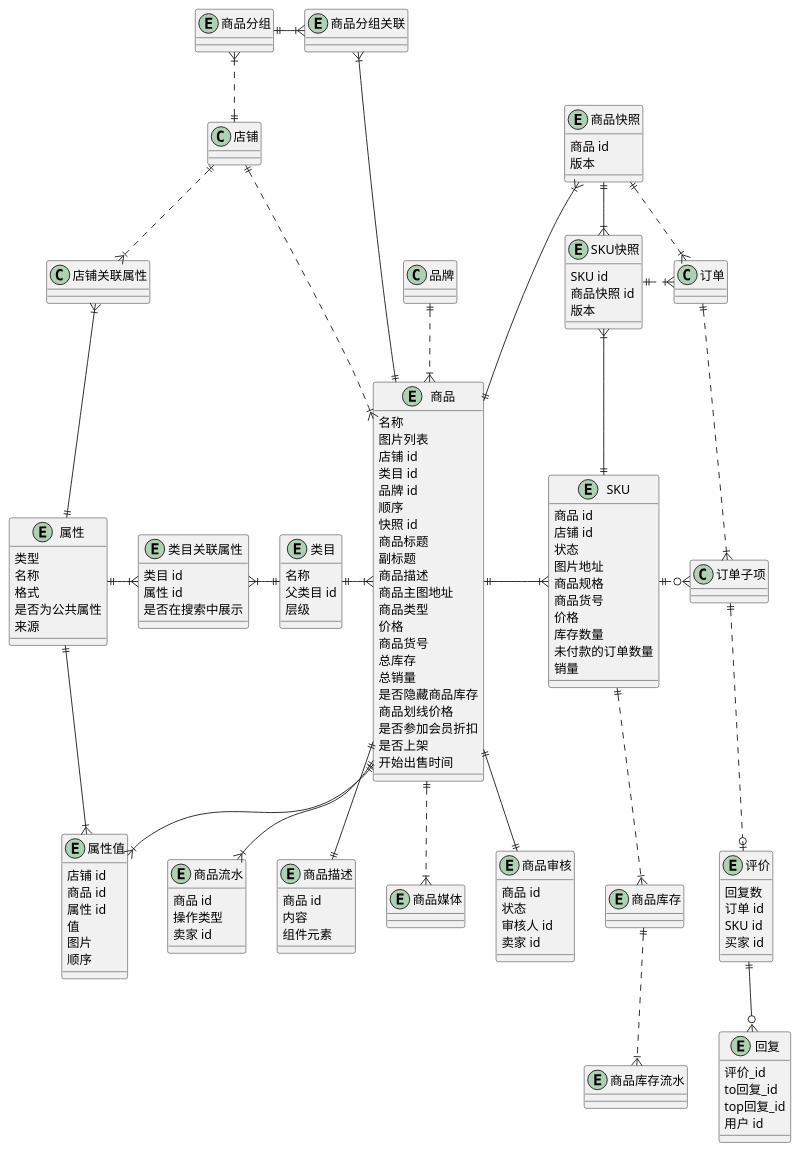
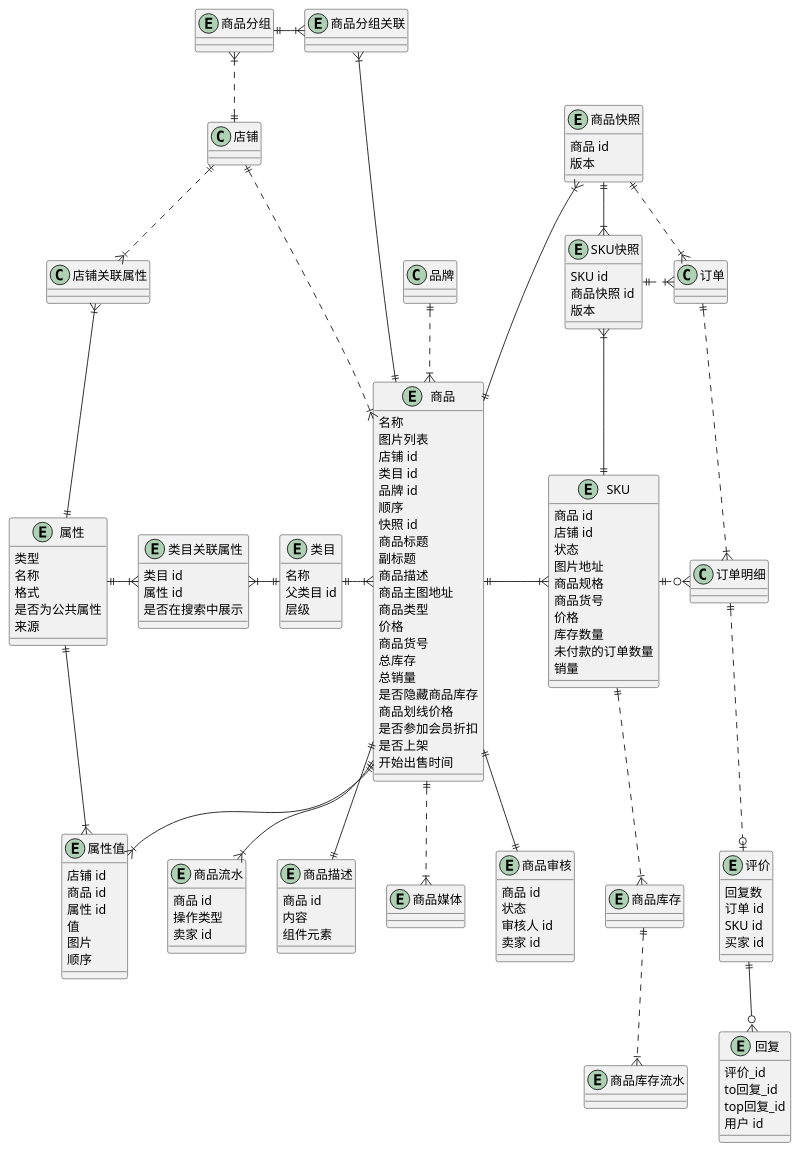
The diagram in 商品.wsd (awesomecat2020/mock-mall), drawn with PlantUML before and after one commit. The commit also changed 2 other files, not shown here.

```diff
--- a/商品.wsd
+++ b/商品.wsd
@@ -1,195 +1,195 @@
 @startuml 商品UML
 
 ' ==================== 商品 ====================
 entity 商品 {
     名称
     图片列表
     店铺 id
     类目 id
     品牌 id
     顺序
     快照 id
     商品标题
     ' 分享链接时显示
     副标题
     商品描述
     商品主图地址
 '   0：普通商品（物流发货）
 '   3：UMP降价拍
 '   5：外卖商品
 '   10：分销商品
 '   20：会员卡商品
 '   21：礼品卡商品
 '   22：团购券
 '   25：批发商品
 '   30：收银台商品
 '   31：知识付费商品
 '   35：酒店商品（无需物流）
 '   40：美业商品
 '   60：虚拟商品（无需物流）
 '   61：电子卡券（无需物流）
     商品类型
     价格
     ' 商家为商品设置的外部编号
     商品货号
     ' 基于 sku 的库存数量累加
     总库存
     总销量
     ' 0 - 显示库存（默认）
     ' 1 - 不显示库存
     是否隐藏商品库存
     ' 可以自定义。例如 促销价：888
     ' 商品没有优惠的情况下，划线价在商品详情会以划线形式显示。
     商品划线价格
     ' 0 - 不参加会员折扣
     ' 1 - 参加会员折扣（默认）
     是否参加会员折扣
     是否上架
     开始出售时间
 }
 entity 类目 {
     名称
     父类目 id
     层级
 }
 entity 商品审核 {
     商品 id
     状态
     审核人 id
     卖家 id
 }
 entity 商品流水 {
     商品 id
     操作类型
     卖家 id
 }
 entity 商品描述 {
     商品 id
     ' 富文本，字数要大于5个字符，小于25000个字符 ，受违禁词控制
     内容
     组件元素
 }
 entity 商品媒体 {
     ' 暂不做
 }
 entity 商品分组 {
 
 }
 entity 商品分组关联 {
 
 }
 ' entity 后台类目 {
 ' 
 ' }
 
 店铺 ||..|{ 商品
 商品 }|.u.|| 品牌
 类目 ||-|{ 商品
 商品 ||--|| 商品审核
 商品 ||--|{ 商品流水
 商品 ||--|| 商品描述
 商品 ||..|{ 商品媒体
 ' 分组
 店铺 ||.u.|{ 商品分组
 商品分组关联 }|-l-|| 商品分组
 商品 ||-u-|{ 商品分组关联
 
 
 ' ==================== 订单 ====================
 entity SKU {
     商品 id
     店铺 id
     状态
     图片地址
     商品规格
     ' 商家为商品设置的外部编号
     商品货号
     价格
     库存数量
     ' 商品在付款减库存的状态下，该 SKU 上未付款的订单数量
     未付款的订单数量
     销量
     ' 是否锁定
 }
 entity 商品库存 {
     ' 暂不做
 }
 entity 商品库存流水 {
     ' 暂不做
 }
 entity 商品快照 {
     商品 id
     版本
 }
 entity SKU快照 {
     SKU id
     商品快照 id
     版本
 }
 
 商品 ||-|{ SKU
 SKU ||..|{ 商品库存
 商品库存 ||..|{ 商品库存流水
-SKU ||.o{ 订单子项
+SKU ||.o{ 订单明细
 ' 快照
 SKU ||-u-|{ SKU快照
 SKU快照 ||.|{ 订单
 商品快照 ||--|{ SKU快照
 商品 ||-u-|{ 商品快照
 商品快照 ||.|{ 订单
 
 ' ==================== 属性 ====================
 entity 属性 {
     ' 类目不同，属性不同
     ' 销售属性/关键属性/非关键属性
     类型
     名称
     ' 选项、文本、数值、百分比
     格式
     ' 添加商品时一定会展示
     是否为公共属性
     ' 系统生成/商家自定义
     来源
 }
 entity 类目关联属性 {
     类目 id
     属性 id
     是否在搜索中展示
 }
 entity 属性值 {
     店铺 id
     商品 id
     属性 id
     值
     图片
     顺序
 }
 
 属性 ||-|{ 类目关联属性
 类目关联属性 }|-|| 类目
 属性 ||--|{ 属性值
 商品 ||--|{ 属性值
 店铺 ||..|{ 店铺关联属性
 店铺关联属性 }|--|| 属性
 
 
 ' ==================== 评价 ====================
 entity 评价 {
     回复数
     订单 id
     SKU id
     买家 id
 }
 entity 回复 {
     评价_id
     to回复_id
     top回复_id
     用户 id
 }
 
 
-评价 |o.u.|| 订单子项
-订单子项 }|.u.|| 订单
+评价 |o.u.|| 订单明细
+订单明细 }|.u.|| 订单
 评价 ||--o{ 回复
 
 @enduml
```
